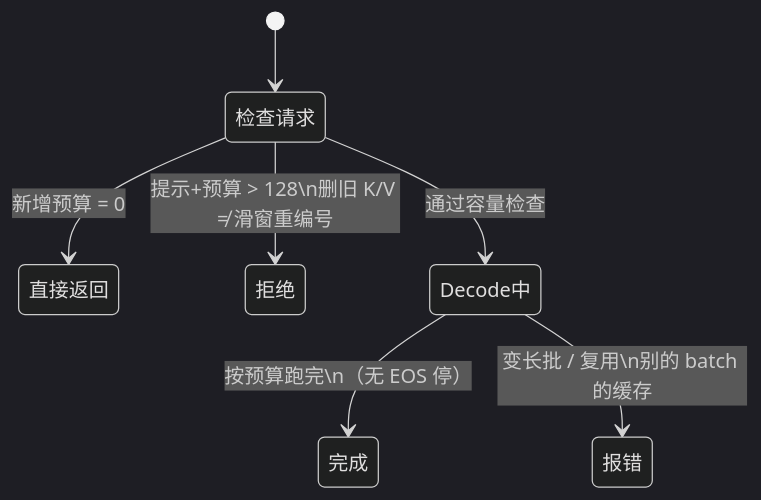
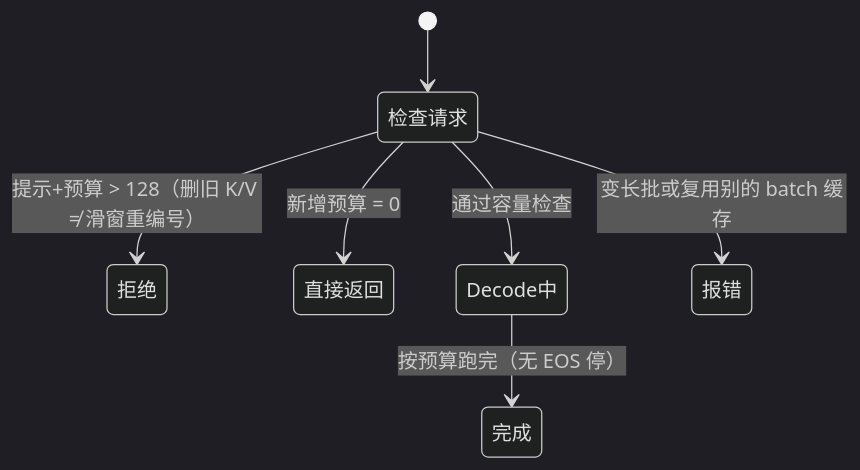
One commit to cluster1900/zero2llm changed the third of 3 diagrams in chapters/08a_kv_cache.md. Above: the diagram before and after it, drawn with Mermaid (dark theme). The commit also changed other lines of this file and 29 other files, not shown here.

First line of the commit message:
D5 review fix: d_ff^SwiGLU / d_h labels; MLA/YaRN/length/stop diagram logic

````diff
--- a/chapters/08a_kv_cache.md
+++ b/chapters/08a_kv_cache.md
@@ -187,12 +195,12 @@
 ```mermaid
 stateDiagram-v2
     %% id: p11-length-bounds
     accTitle: S1 超长直接拒绝，预算为 0 不进模型，缓存也不能跨批复用
-    accDescr: 请求若新增预算为 0 就直接返回；提示加预算超过 128 则拒绝，因为删旧 K/V 不等于滑窗重编号；通过后按预算 decode 且无 EOS；变长批或复用别的 batch 的缓存会报错。
+    accDescr: 提示加预算超过 128 先拒绝（删旧 K/V 不等于滑窗重编号）；新增预算为 0 则直接返回；通过后按预算 decode 且无 EOS；变长批或复用别的 batch 的缓存也在检查请求时报错。
     [*] --> 检查请求
+    检查请求 --> 拒绝: 提示+预算 > 128（删旧 K/V ≠ 滑窗重编号）
     检查请求 --> 直接返回: 新增预算 = 0
-    检查请求 --> 拒绝: 提示+预算 > 128\n删旧 K/V ≠ 滑窗重编号
     检查请求 --> Decode中: 通过容量检查
-    Decode中 --> 完成: 按预算跑完\n（无 EOS 停）
-    Decode中 --> 报错: 变长批 / 复用\n别的 batch 的缓存
+    检查请求 --> 报错: 变长批或复用别的 batch 缓存
+    Decode中 --> 完成: 按预算跑完（无 EOS 停）
 ```
````
